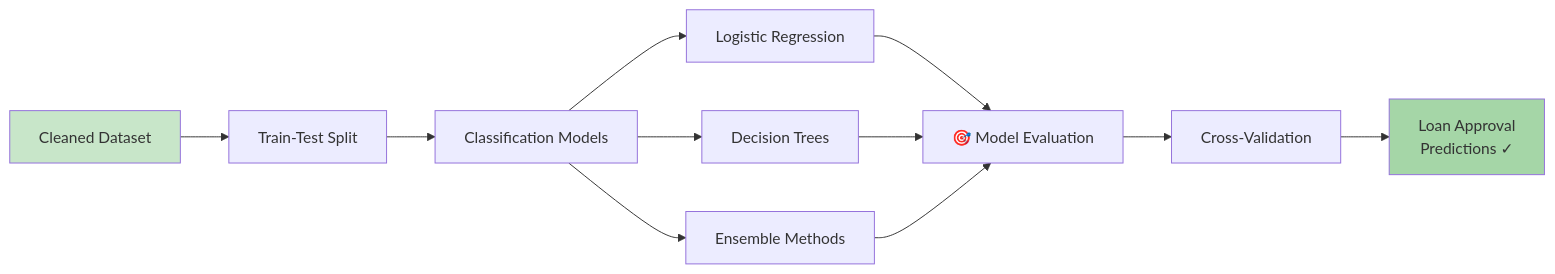
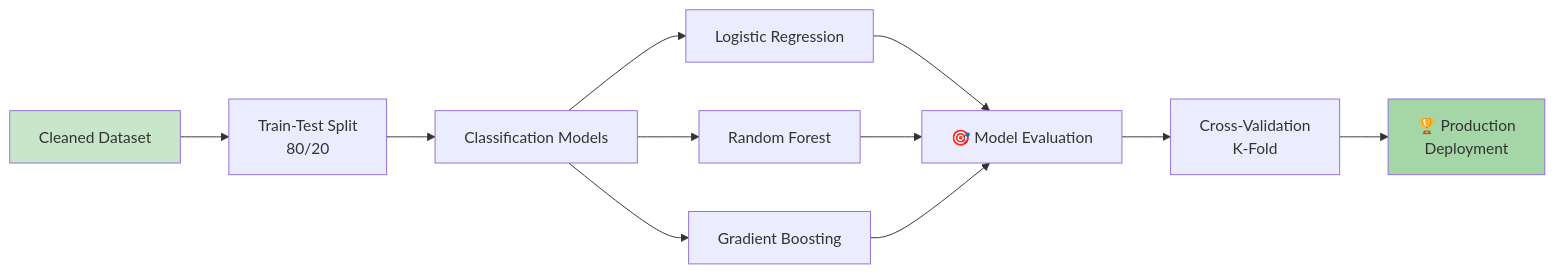
One commit to dhananjaypuri/naresh-it-tasks-practise changed the eighth of 8 diagrams in ML/Regression Project/README.md. Above: the diagram before and after it, drawn with Mermaid. The commit also changed other lines of this file and 4 other files, not shown here.

````diff
--- a/ML/Regression Project/README.md
+++ b/ML/Regression Project/README.md
@@ -274,16 +333,16 @@
 ```mermaid
 graph LR
-    A["Cleaned Dataset"] --> B["Train-Test Split"]
+    A["Cleaned Dataset"] --> B["Train-Test Split<br/>80/20"]
     B --> C["Classification Models"]
     C --> D["Logistic Regression"]
-    C --> E["Decision Trees"]
-    C --> F["Ensemble Methods"]
+    C --> E["Random Forest"]
+    C --> F["Gradient Boosting"]
     D --> G["🎯 Model Evaluation"]
     E --> G
     F --> G
-    G --> H["Cross-Validation"]
-    H --> I["Loan Approval<br/>Predictions ✓"]
+    G --> H["Cross-Validation<br/>K-Fold"]
+    H --> I["🏆 Production<br/>Deployment"]
     
     style A fill:#c8e6c9
     style I fill:#a5d6a7
 ```
````
